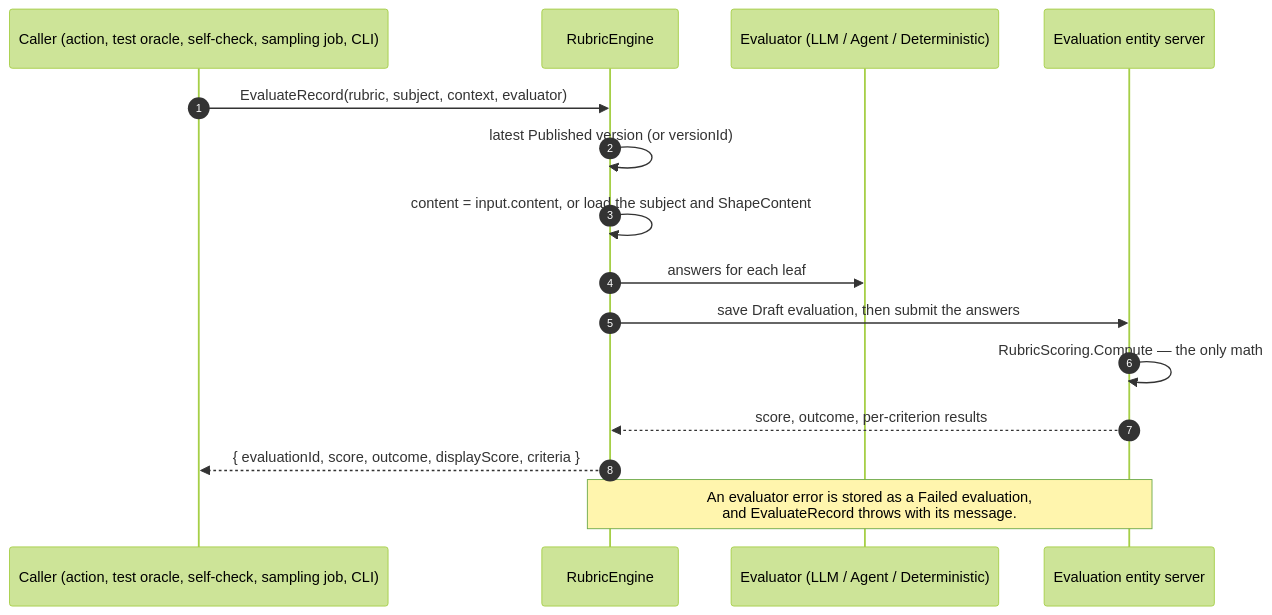
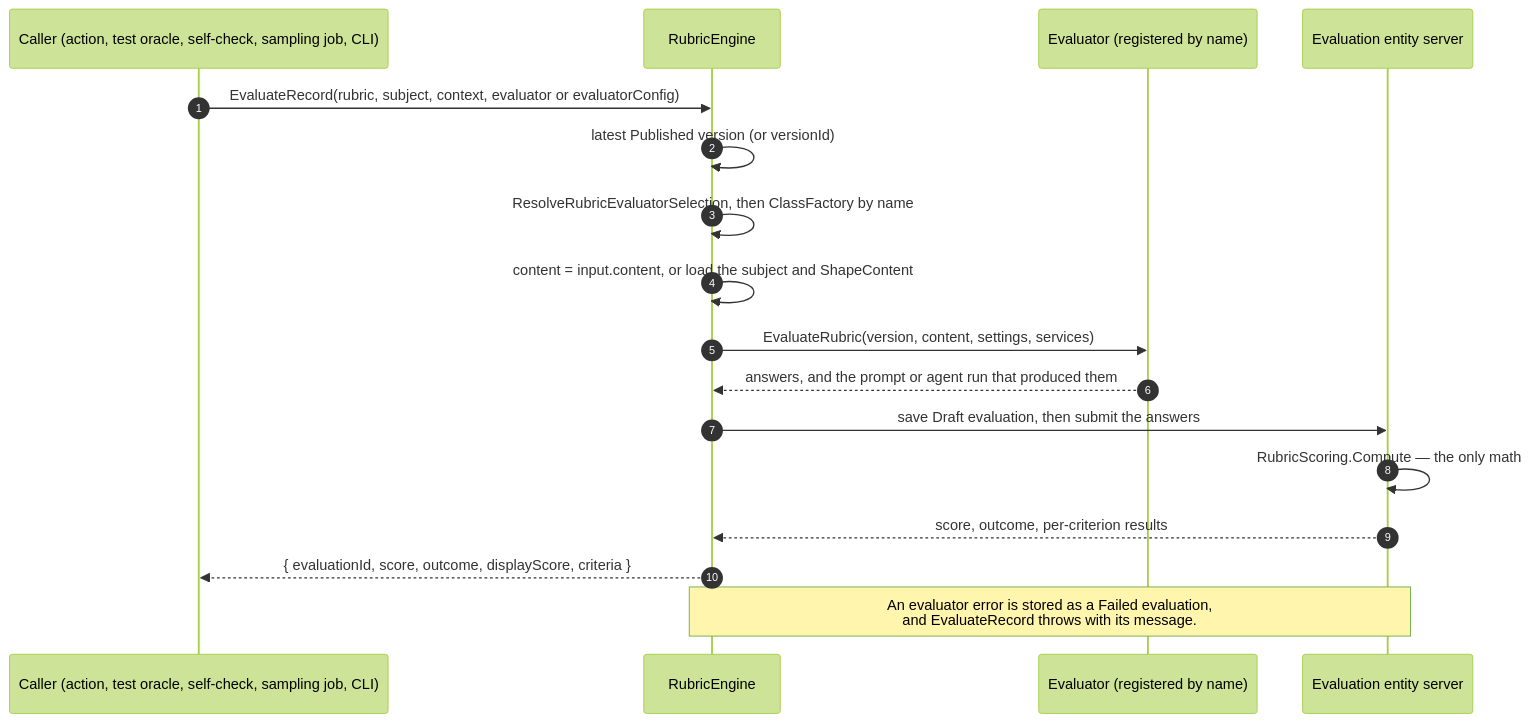
The diagram in packages/Rubrics/Engine/README.md (MemberJunction/MJ), drawn with Mermaid (forest theme) before and after one commit. The commit also changed other lines of this file and 36 other files, not shown here.

````diff
--- a/packages/Rubrics/Engine/README.md
+++ b/packages/Rubrics/Engine/README.md
@@ -10,17 +10,19 @@
 ```mermaid
 sequenceDiagram
     autonumber
     participant Caller as Caller (action, test oracle, self-check, sampling job, CLI)
     participant Eng as RubricEngine
-    participant Ev as Evaluator (LLM / Agent / Deterministic)
+    participant Ev as Evaluator (registered by name)
     participant Srv as Evaluation entity server
-    Caller->>Eng: EvaluateRecord(rubric, subject, context, evaluator)
+    Caller->>Eng: EvaluateRecord(rubric, subject, context, evaluator or evaluatorConfig)
     Eng->>Eng: latest Published version (or versionId)
+    Eng->>Eng: ResolveRubricEvaluatorSelection, then ClassFactory by name
     Eng->>Eng: content = input.content, or load the subject and ShapeContent
-    Eng->>Ev: answers for each leaf
+    Eng->>Ev: EvaluateRubric(version, content, settings, services)
+    Ev-->>Eng: answers, and the prompt or agent run that produced them
     Eng->>Srv: save Draft evaluation, then submit the answers
     Srv->>Srv: RubricScoring.Compute — the only math
     Srv-->>Eng: score, outcome, per-criterion results
     Eng-->>Caller: { evaluationId, score, outcome, displayScore, criteria }
     Note over Eng,Srv: An evaluator error is stored as a Failed evaluation,<br/>and EvaluateRecord throws with its message.
 ```
````
